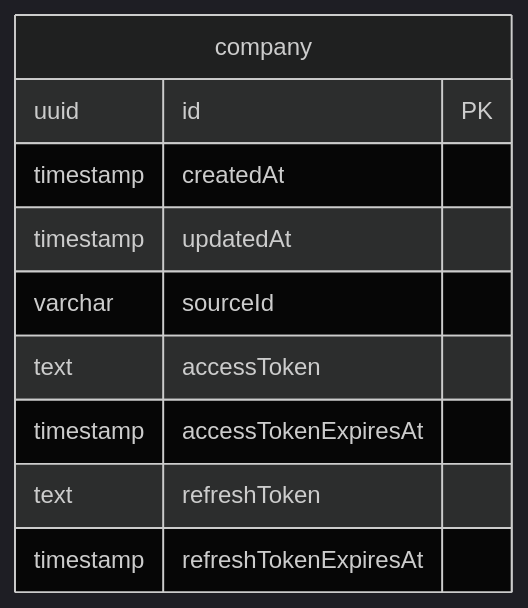
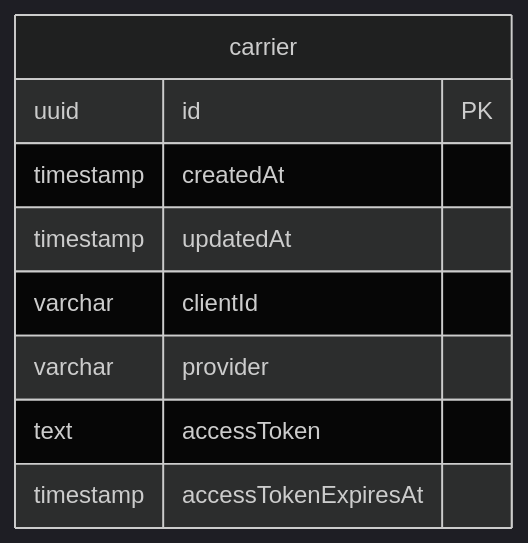
Before and after one commit to Nabhag8848/ups-integration-service: the diagram in apps/server/DB_ERD.md, drawn with Mermaid (dark theme). The commit also changed 12 other files, not shown here.

````diff
--- a/apps/server/DB_ERD.md
+++ b/apps/server/DB_ERD.md
@@ -5,14 +5,13 @@
 ```mermaid
 erDiagram
-  company {
+  carrier {
     uuid id PK
     timestamp createdAt
     timestamp updatedAt
-    varchar sourceId
+    varchar clientId
+    varchar provider
     text accessToken
     timestamp accessTokenExpiresAt
-    text refreshToken
-    timestamp refreshTokenExpiresAt
   }
   
 ```
````
